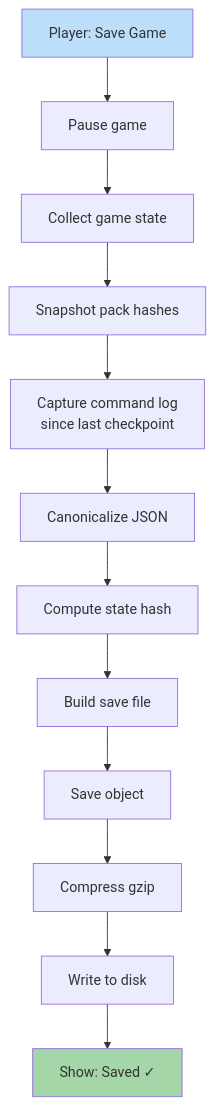
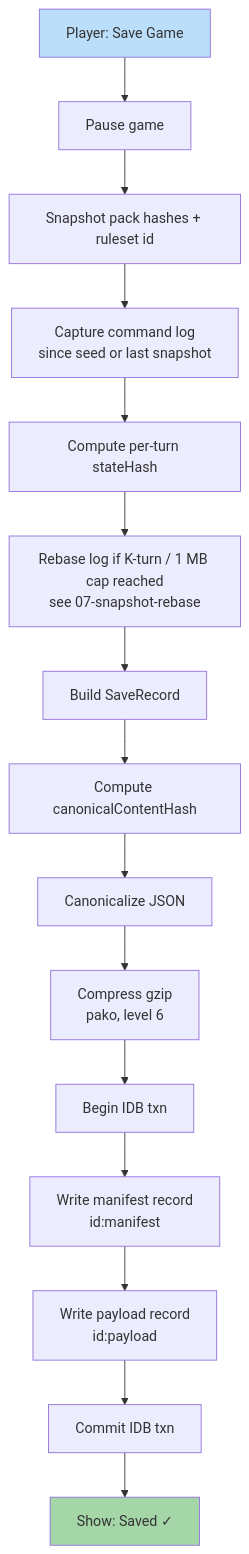
The diagram in docs/architecture/diagrams/24-save-flow.md (SunaNoOshiro/Heroes_Reforged_AI_Realms), drawn with Mermaid before and after one commit. The commit also changed other lines of this file and 21 other files, not shown here.

````diff
--- a/docs/architecture/diagrams/24-save-flow.md
+++ b/docs/architecture/diagrams/24-save-flow.md
@@ -10,16 +18,19 @@
 ```mermaid
 flowchart TD
     A[Player: Save Game] --> B[Pause game]
-    B --> C[Collect game state]
-    C --> D[Snapshot pack hashes]
-    D --> E[Capture command log<br/>since last checkpoint]
-    E --> F[Canonicalize JSON]
-    F --> G[Compute state hash]
-    G --> H[Build save file]
-    H --> I[Save object]
-    I --> J[Compress gzip]
-    J --> K[Write to disk]
-    K --> L[Show: Saved ✓]
+    B --> C[Snapshot pack hashes + ruleset id]
+    C --> D[Capture command log<br/>since seed or last snapshot]
+    D --> E[Compute per-turn stateHash]
+    E --> F[Rebase log if K-turn / 1 MB cap reached<br/>see 07-snapshot-rebase]
+    F --> G[Build SaveRecord]
+    G --> H[Compute canonicalContentHash]
+    H --> I[Canonicalize JSON]
+    I --> J[Compress gzip<br/>pako, level 6]
+    J --> K[Begin IDB txn]
+    K --> L[Write manifest record<br/>id:manifest]
+    L --> M[Write payload record<br/>id:payload]
+    M --> N[Commit IDB txn]
+    N --> O[Show: Saved ✓]
     style A fill:#bbdefb
-    style L fill:#a5d6a7
+    style O fill:#a5d6a7
 ```
````
